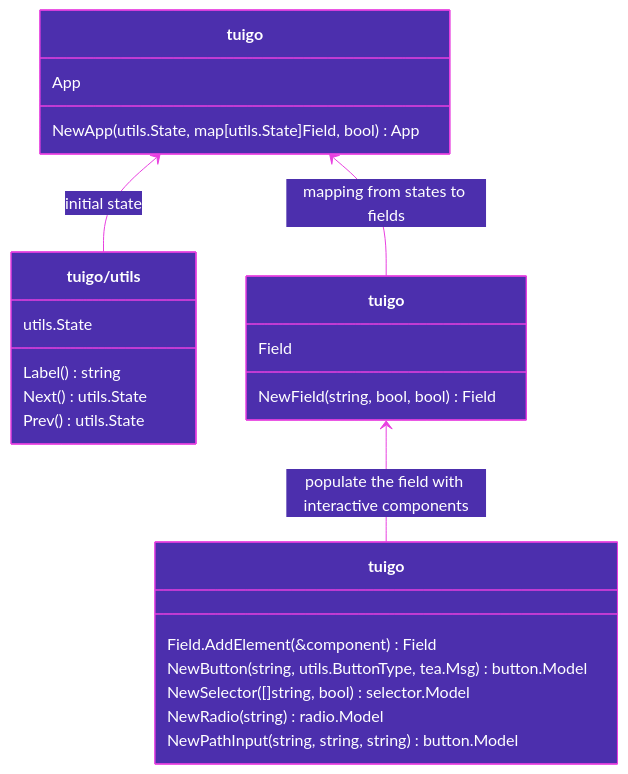
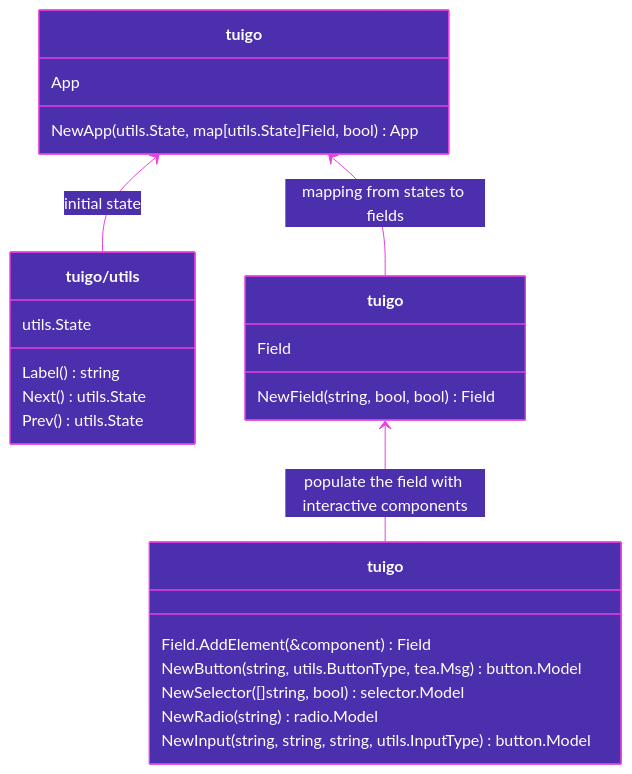
The diagram in README.md (haykh/tuigo), drawn with Mermaid before and after one commit. The commit also changed other lines of this file and 12 other files, not shown here.

````diff
--- a/README.md
+++ b/README.md
@@ -7,41 +7,41 @@
 ```mermaid
 %%{
   init: {
     'theme': 'base', 
     'themeVariables': { 
         'fontFamily': 'monospace',
         'primaryColor': '#4C2FAD',
         'primaryTextColor': '#FFFFFF',
         'lineColor': '#E840E0',
         'primaryBorderColor': '#E840E0'
       }
     }
 }%%
 
 classDiagram
 class tuigo["tuigo"]
 class tui_utils["tuigo/utils"]
 class tui_field["tuigo"]
 class tui_component["tuigo"]
 
 tuigo <-- tui_utils : initial state
 tuigo <-- tui_field : mapping from states to fields
 tuigo : NewApp(utils.State, map[utils.State]Field, bool) App
 tuigo : App
 
 tui_utils : Label() string
 tui_utils : Next() utils.State
 tui_utils : Prev() utils.State
 tui_utils : utils.State
 
 tui_field : NewField(string, bool, bool) Field
 tui_field : Field
 
 tui_component : Field.AddElement(&component) Field
 tui_component : NewButton(string, utils.ButtonType, tea.Msg) button.Model
 tui_component : NewSelector([]string, bool) selector.Model
 tui_component : NewRadio(string) radio.Model
-tui_component : NewPathInput(string, string, string) button.Model
+tui_component : NewInput(string, string, string, utils.InputType) button.Model
 
 tui_field <-- tui_component : populate the field with interactive components
 ```
````
